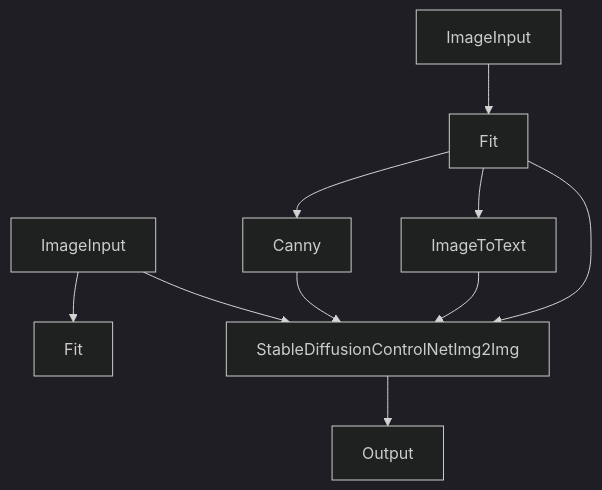
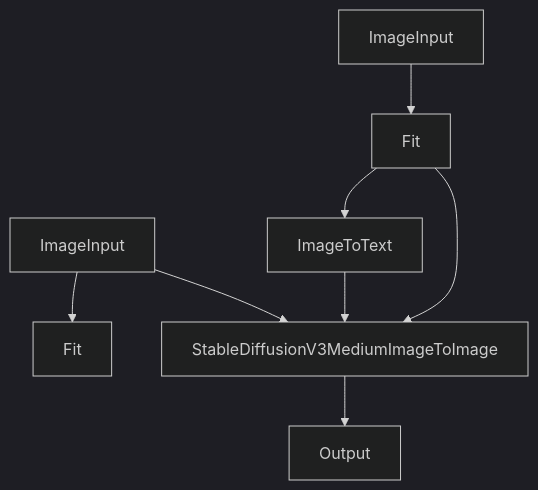
One commit to nodetool-ai/nodetool changed the tenth of 17 diagrams in docs/cookbook/patterns.md. Above: the diagram before and after it, drawn with Mermaid (dark theme). The commit also changed other lines of this file and 683 other files, not shown here.

```diff
--- a/docs/cookbook/patterns.md
+++ b/docs/cookbook/patterns.md
@@ -337,20 +336,17 @@
 {% mermaid %}
 graph TD
-  stable_diffusion_control_net_img2img["StableDiffusionControlNetImg2Img"]
+  sd_img2img["StableDiffusionV3MediumImageToImage"]
   image_input_1["ImageInput"]
   image_input_2["ImageInput"]
   output["Output"]
-  canny["Canny"]
   image_to_text["ImageToText"]
   fit_1["Fit"]
   fit_2["Fit"]
-  stable_diffusion_control_net_img2img --> output
-  canny --> stable_diffusion_control_net_img2img
-  image_to_text --> stable_diffusion_control_net_img2img
+  sd_img2img --> output
+  image_to_text --> sd_img2img
   image_input_2 --> fit_1
   image_input_1 --> fit_2
-  fit_2 --> canny
   fit_2 --> image_to_text
-  image_input_2 --> stable_diffusion_control_net_img2img
-  fit_2 --> stable_diffusion_control_net_img2img
+  image_input_2 --> sd_img2img
+  fit_2 --> sd_img2img
 {% endmermaid %}
```
